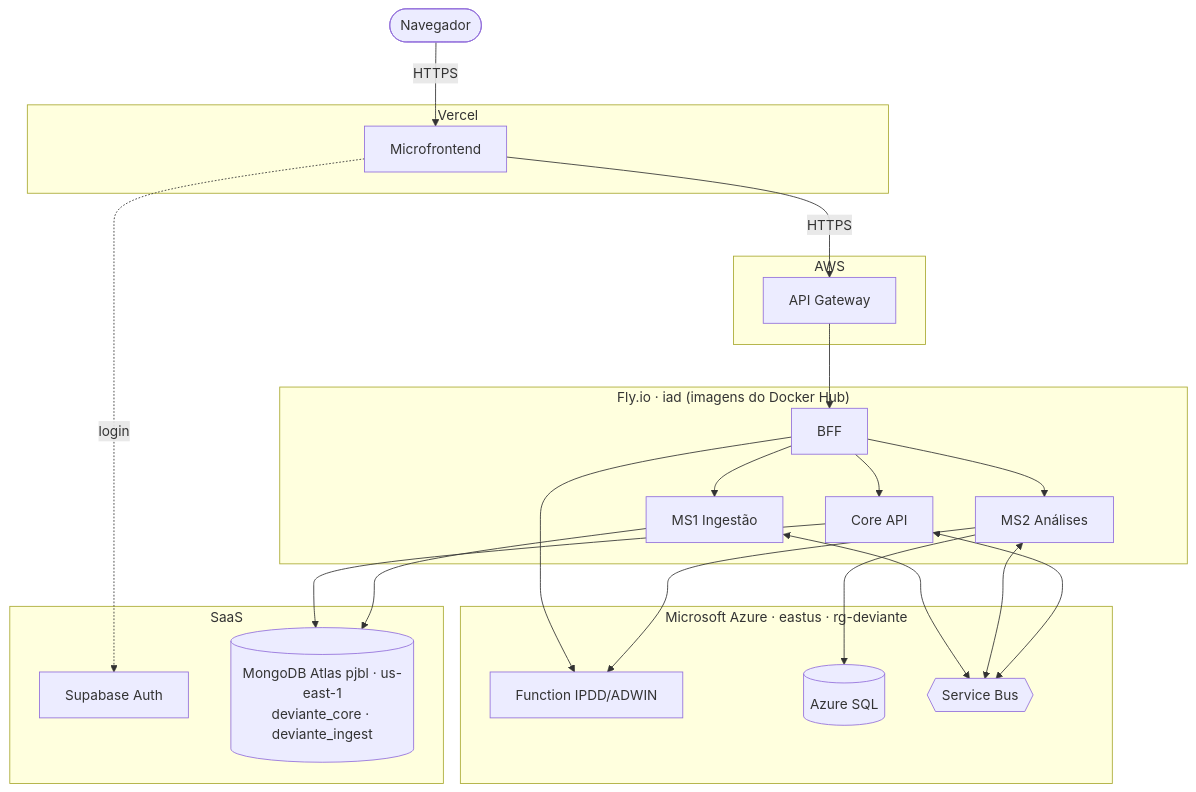
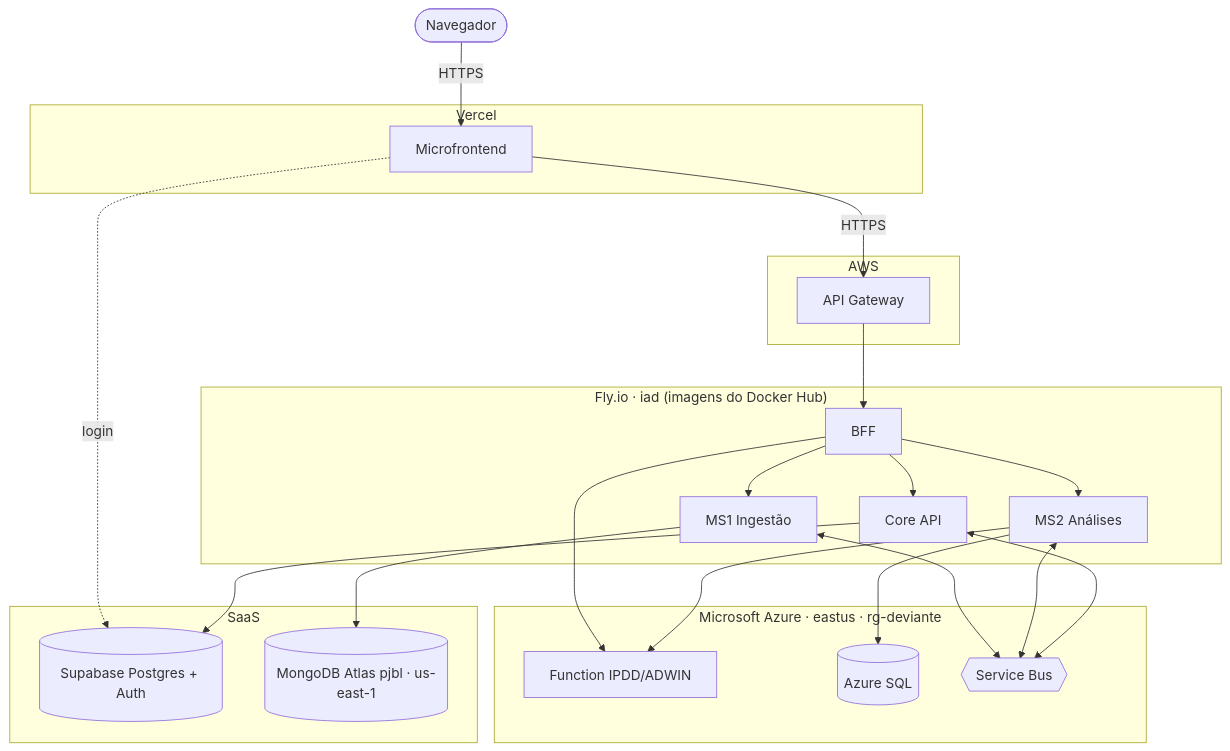
One commit to aland3r/deviante-docs changed the tenth of 13 diagrams in architecture/arc42.md. Above: the diagram before and after it, drawn with Mermaid. The commit also changed other lines of this file, not shown here.

First line of the commit message:
arc42: Core volta ao Supabase Postgres; persistência poliglota (ADR 03 e 08, §1.1, §2, §4, §5, §7, §8, §11)

````diff
--- a/architecture/arc42.md
+++ b/architecture/arc42.md
@@ -649,35 +649,35 @@
 ```mermaid
 flowchart TB
     browser([Navegador])
     subgraph vercel["Vercel"]
         fe["Microfrontend"]
     end
     subgraph aws["AWS"]
         gw["API Gateway"]
     end
     subgraph fly["Fly.io · iad (imagens do Docker Hub)"]
         bff["BFF"]
         core["Core API"]
         ms1["MS1 Ingestão"]
         ms2["MS2 Análises"]
     end
     subgraph azure["Microsoft Azure · eastus · rg-deviante"]
         fn["Function IPDD/ADWIN"]
         sql[("Azure SQL")]
         bus{{"Service Bus"}}
     end
     subgraph saas["SaaS"]
-        supa["Supabase Auth"]
-        mongo[("MongoDB Atlas pjbl · us-east-1<br/>deviante_core · deviante_ingest")]
+        supa[("Supabase Postgres + Auth")]
+        mongo[("MongoDB Atlas pjbl · us-east-1")]
     end
     browser -->|HTTPS| fe
     fe -->|HTTPS| gw --> bff
     bff --> core & ms1 & ms2
     bff --> fn
     ms2 --> fn
     fe -.->|login| supa
-    core --> mongo
+    core --> supa
     ms1 --> mongo
     ms2 --> sql
     ms1 & ms2 & core <--> bus
 ```
````
